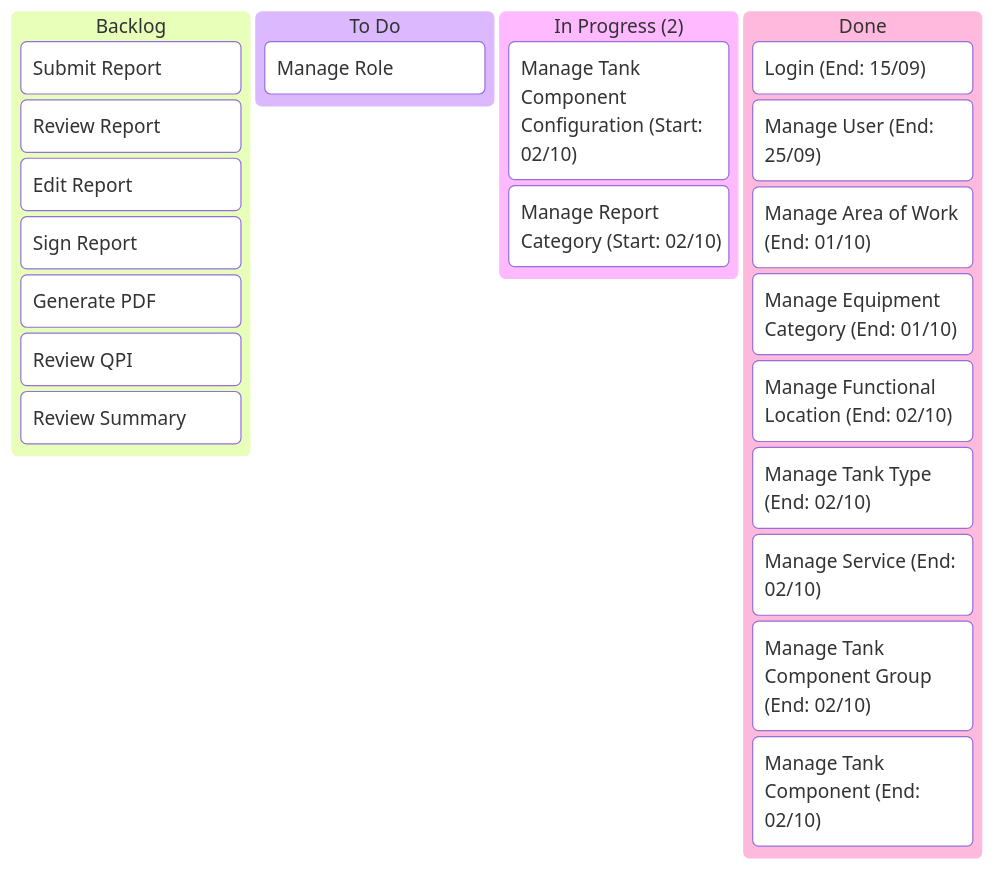
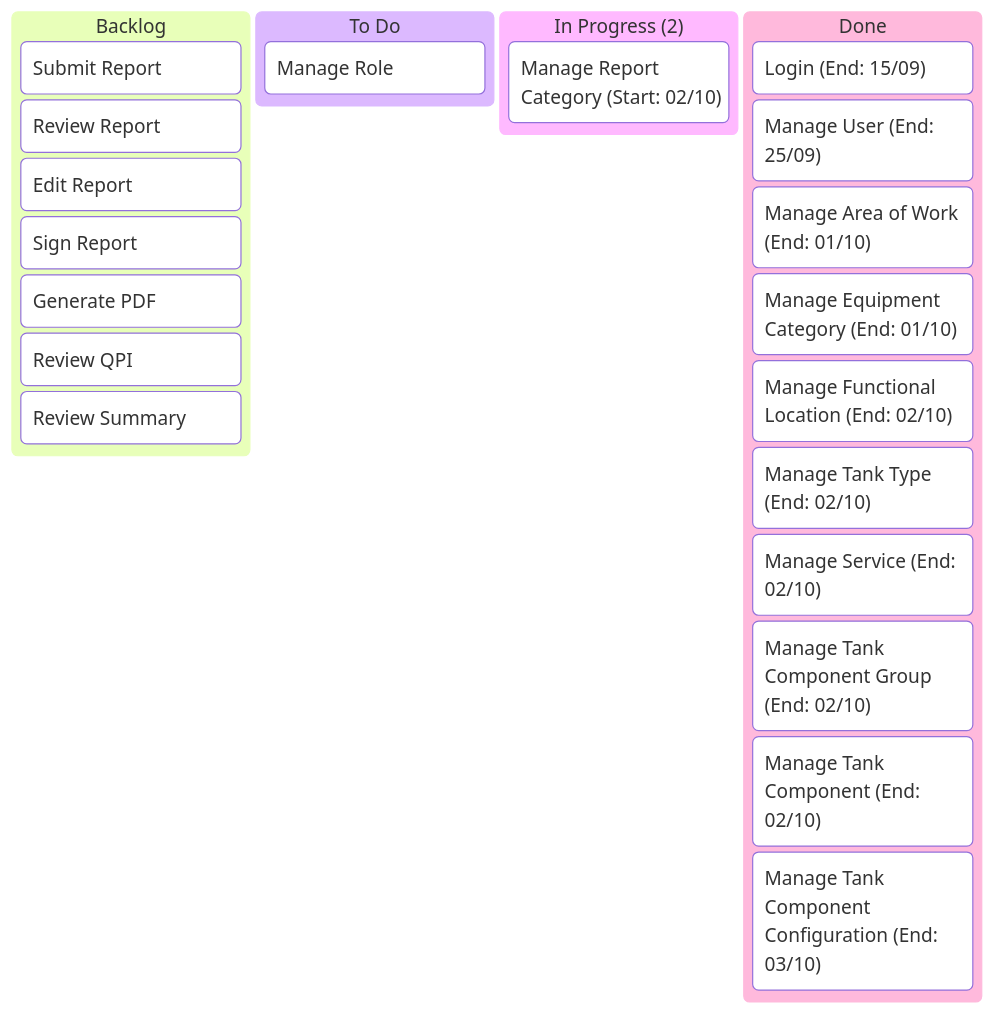
The diagram in Kanban/02-Kanban.md (billdansr/kanban-boc-om), drawn with Mermaid before and after one commit.

Commit message:
vault backup: 2025-10-03 08:44:39
Manage Tank Component Configuration: In Progress -> Done. End in 03/10

````diff
--- a/Kanban/02-Kanban.md
+++ b/Kanban/02-Kanban.md
@@ -3,30 +3,30 @@
 ```mermaid
 kanban
   backlog[Backlog]
 	  b2[Submit Report]
 	  b3[Review Report]
 	  b4[Edit Report]
 	  b5[Sign Report]
 	  b6[Generate PDF]
 	  b7[Review QPI]
 	  b8[Review Summary]
 
   todo[To Do]
 	  t10[Manage Role]
 	  
   inprogress["In Progress (2)"]
-	  t18["Manage Tank Component Configuration (Start: 02/10)"]
 	  t19["Manage Report Category (Start: 02/10)"]
 	  
 
   done[Done]
 	  d1["Login (End: 15/09)"]
 	  d9["Manage User (End: 25/09)"]
 	  d11["Manage Area of Work (End: 01/10)"]
 	  d12["Manage Equipment Category (End: 01/10)"]
 	  d13["Manage Functional Location (End: 02/10)"]
 	  d14["Manage Tank Type (End: 02/10)"]
 	  d15["Manage Service (End: 02/10)"]
 	  d16["Manage Tank Component Group (End: 02/10)"]
 	  d17["Manage Tank Component (End: 02/10)"]
+	  d18["Manage Tank Component Configuration (End: 03/10)"]
 ```
````
